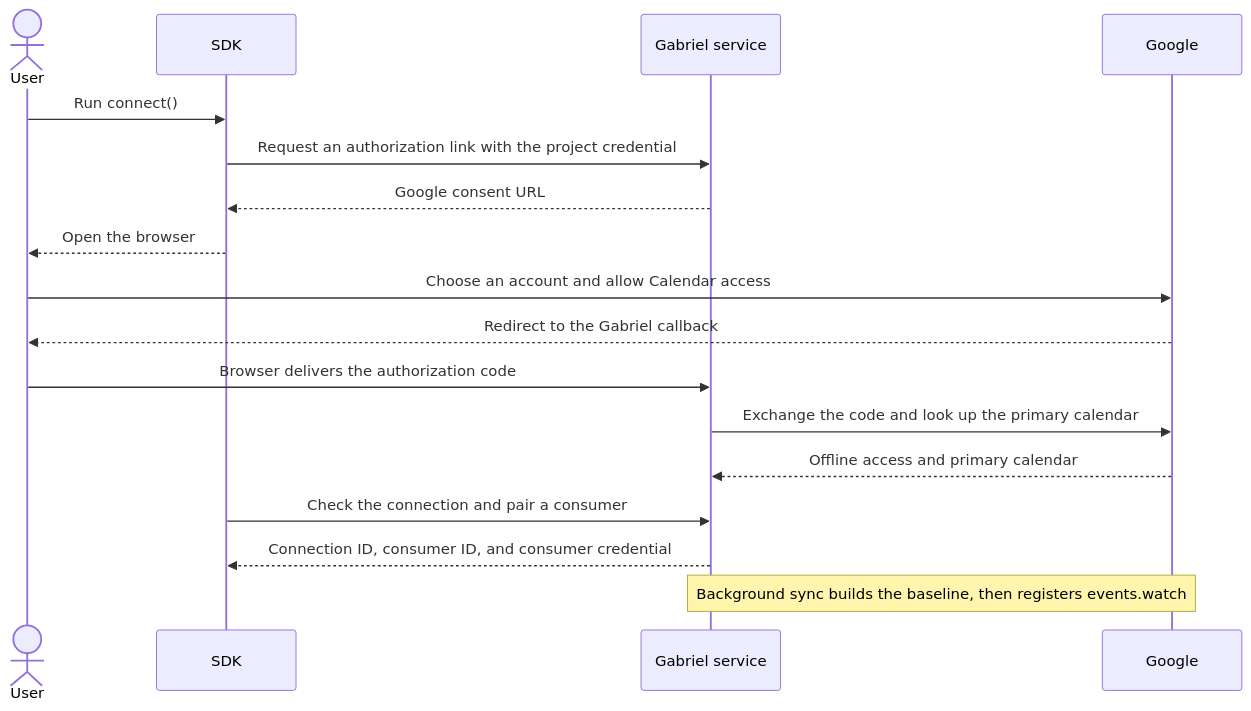
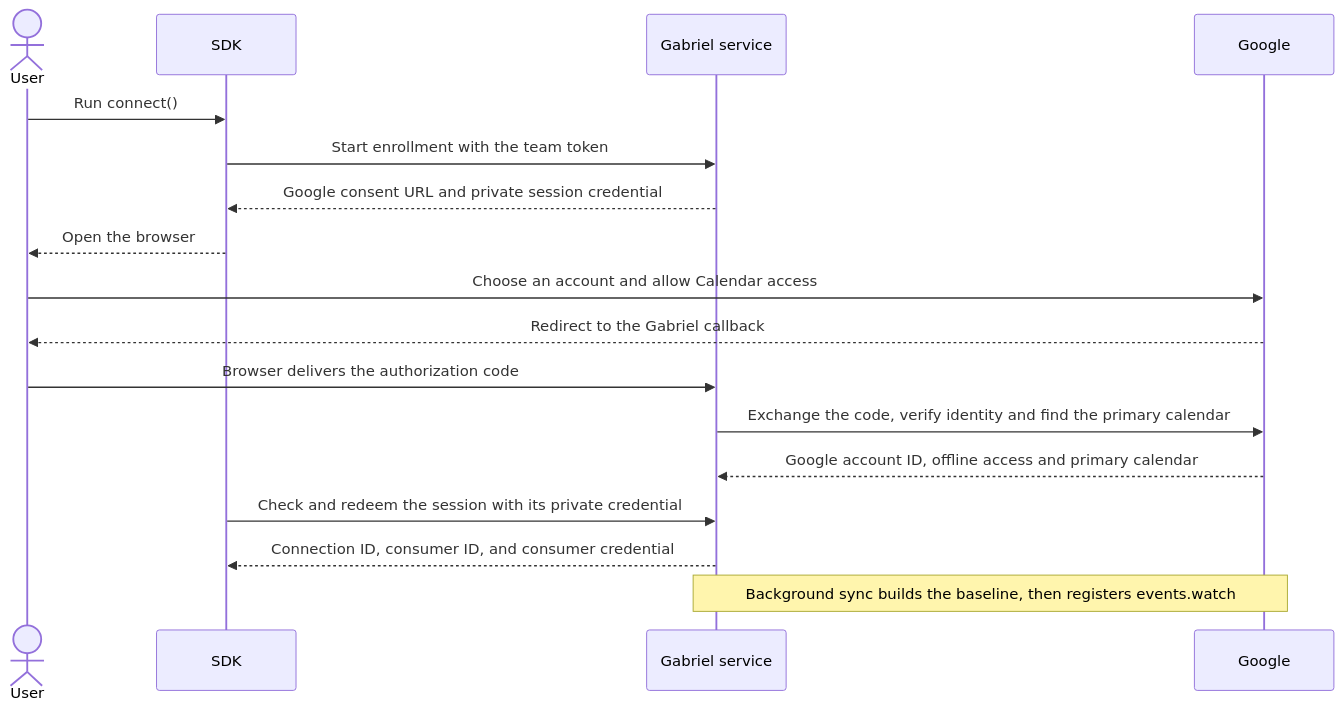
One commit to Easy-Ez/gabriel-calendar changed the first of 2 diagrams in README.md. Above: the diagram before and after it, drawn with Mermaid. The commit also changed other lines of this file and 19 other files, not shown here.

Commit message:
Add shared calendar enrollment and administration

````diff
--- a/README.md
+++ b/README.md
@@ -98,20 +98,20 @@
 ```mermaid
 sequenceDiagram
     actor U as User
     participant S as SDK
     participant G as Gabriel service
     participant C as Google
 
     U->>S: Run connect()
-    S->>G: Request an authorization link with the project credential
-    G-->>S: Google consent URL
+    S->>G: Start enrollment with the team token
+    G-->>S: Google consent URL and private session credential
     S-->>U: Open the browser
     U->>C: Choose an account and allow Calendar access
     C-->>U: Redirect to the Gabriel callback
     U->>G: Browser delivers the authorization code
-    G->>C: Exchange the code and look up the primary calendar
-    C-->>G: Offline access and primary calendar
-    S->>G: Check the connection and pair a consumer
+    G->>C: Exchange the code, verify identity and find the primary calendar
+    C-->>G: Google account ID, offline access and primary calendar
+    S->>G: Check and redeem the session with its private credential
     G-->>S: Connection ID, consumer ID, and consumer credential
     Note over G,C: Background sync builds the baseline, then registers events.watch
 ```
````
